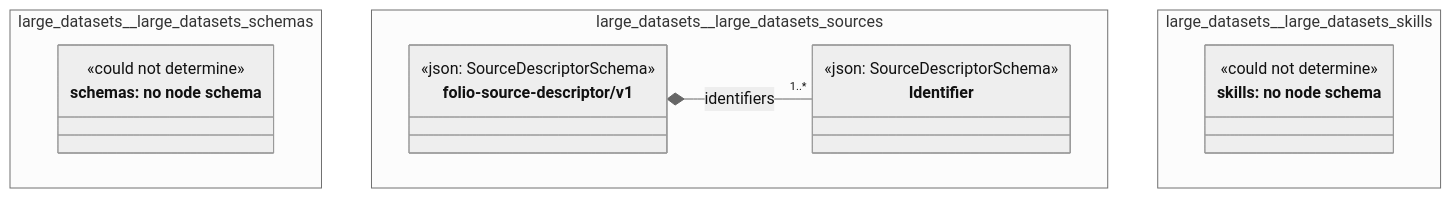
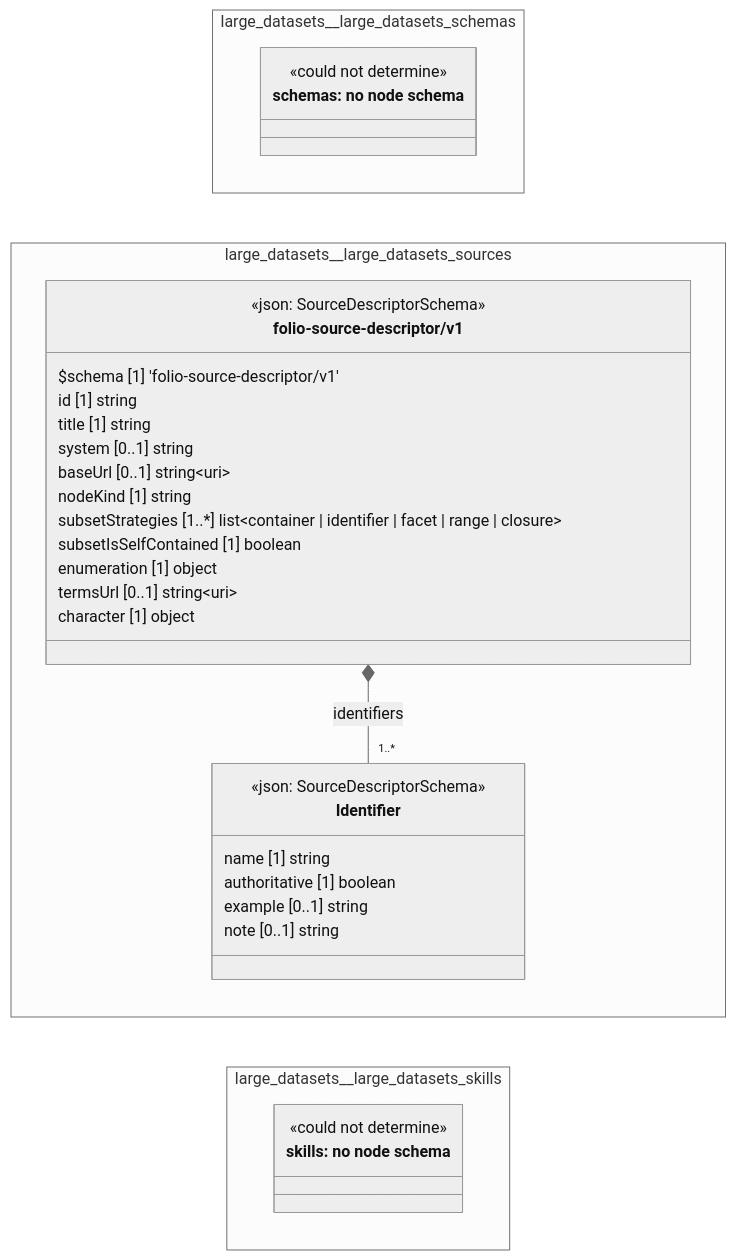
Before and after one commit to litlfred/folio-assistant: the diagram in cat-harness/docs/uml/overview/large-datasets.md, drawn with Mermaid (neutral theme). The commit also changed 92 other files, not shown here.

First line of the commit message:
uml: data fields and a vertical stack on the overview; PlantUML coloured from uml.css

````diff
--- a/cat-harness/docs/uml/overview/large-datasets.md
+++ b/cat-harness/docs/uml/overview/large-datasets.md
@@ -12,29 +12,44 @@
 ```mermaid
 classDiagram
-  direction TB
+  direction LR
   namespace large_datasets__large_datasets_schemas {
     class n_large_datasets_large_datasets_schemas_schemas["schemas: no node schema"] {
       <<could not determine>>
     }
   }
   namespace large_datasets__large_datasets_sources {
     class large_datasets_large_datasets_sources_folio_source_descriptor_v1_Identifier["Identifier"] {
       <<json: SourceDescriptorSchema>>
+      name [1] string
+      authoritative [1] boolean
+      example [0..1] string
+      note [0..1] string
     }
     class large_datasets_large_datasets_sources_folio_source_descriptor_v1_folio_source_descriptor_v1["folio-source-descriptor/v1"] {
       <<json: SourceDescriptorSchema>>
+      $schema [1] 'folio-source-descriptor/v1'
+      id [1] string
+      title [1] string
+      system [0..1] string
+      baseUrl [0..1] string~uri~
+      nodeKind [1] string
+      subsetStrategies [1..*] list~container | identifier | facet | range | closure~
+      subsetIsSelfContained [1] boolean
+      enumeration [1] object
+      termsUrl [0..1] string~uri~
+      character [1] object
     }
   }
   namespace large_datasets__large_datasets_skills {
     class n_large_datasets_large_datasets_skills_skills["skills: no node schema"] {
       <<could not determine>>
     }
   }
   cssClass "n_large_datasets_large_datasets_schemas_schemas" fa_uml_kind_schemas
   cssClass "n_large_datasets_large_datasets_schemas_schemas" fa_uml_undetermined
   large_datasets_large_datasets_sources_folio_source_descriptor_v1_folio_source_descriptor_v1 *-- "1..*" large_datasets_large_datasets_sources_folio_source_descriptor_v1_Identifier : identifiers
   cssClass "large_datasets_large_datasets_sources_folio_source_descriptor_v1_Identifier" fa_uml_kind_schemas
   cssClass "large_datasets_large_datasets_sources_folio_source_descriptor_v1_folio_source_descriptor_v1" fa_uml_kind_schemas
   cssClass "n_large_datasets_large_datasets_skills_skills" fa_uml_kind_skills
   cssClass "n_large_datasets_large_datasets_skills_skills" fa_uml_undetermined
 ```
````
